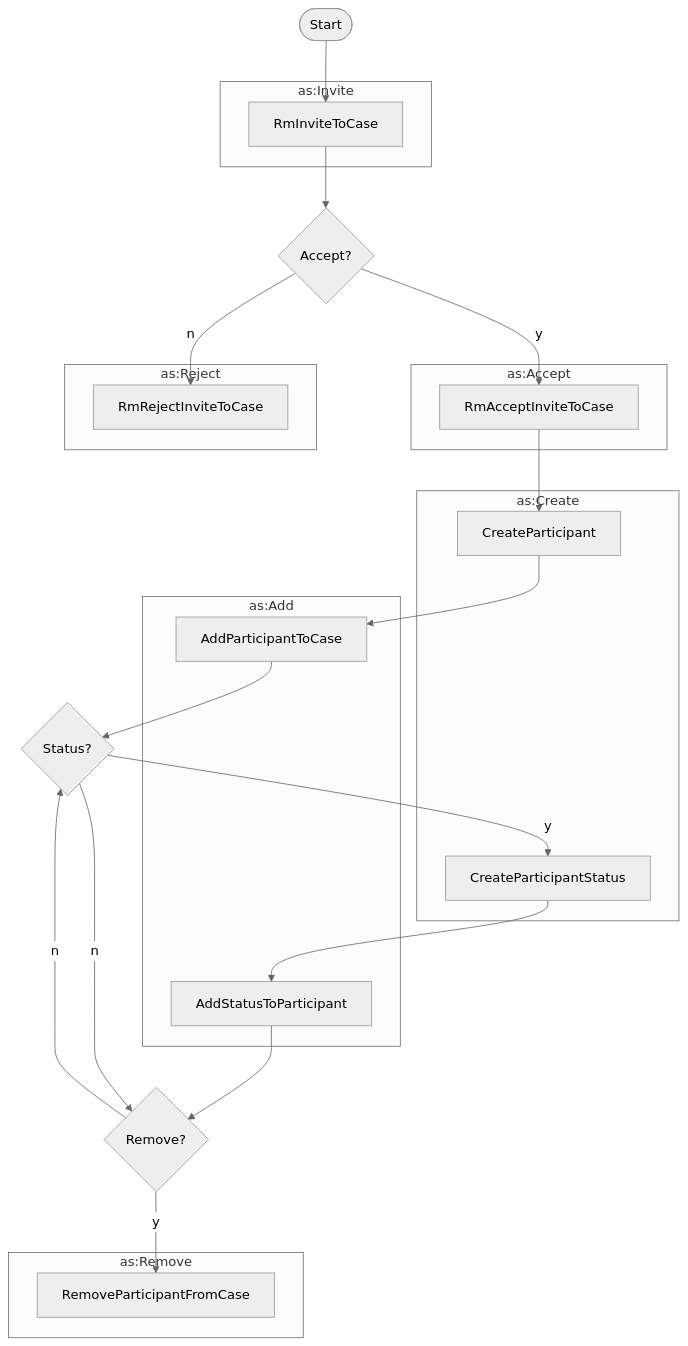
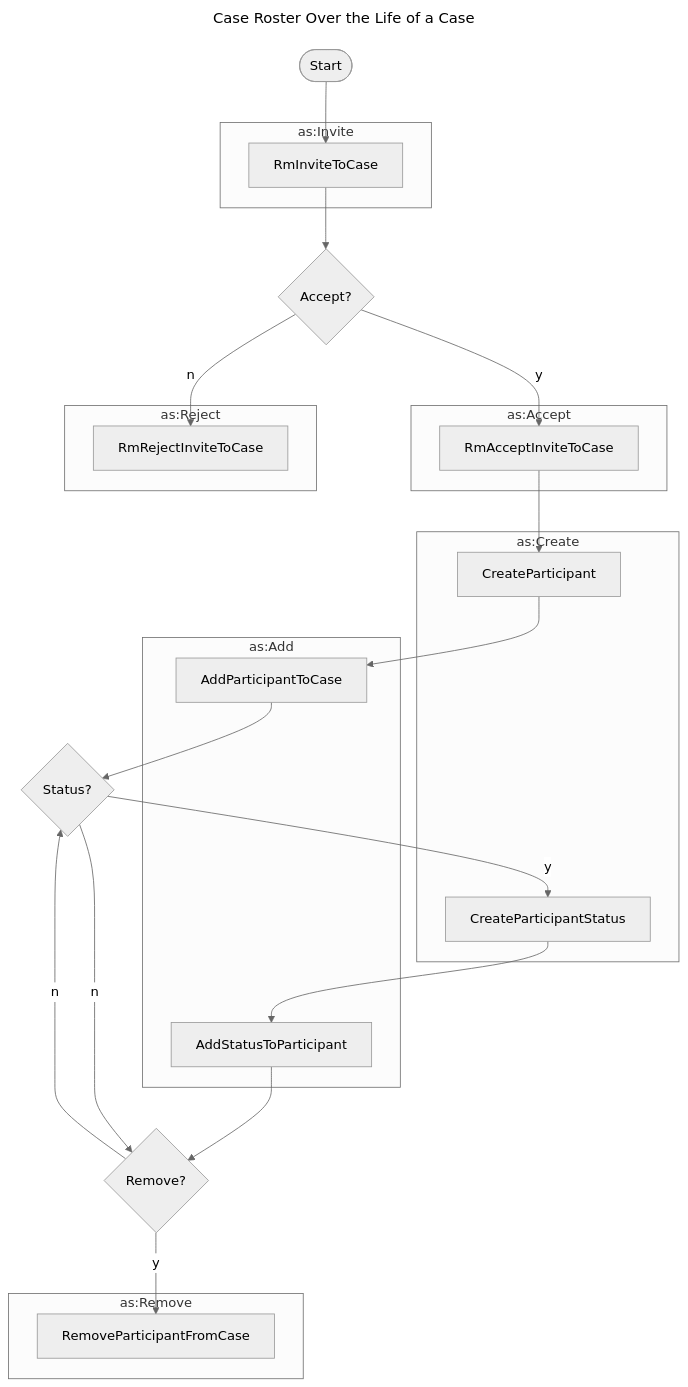
Before and after one commit to CERTCC/Vultron: the diagram in docs/howto/activitypub/activities/manage_participants.md, drawn with Mermaid (neutral theme). The commit also changed other lines of this file and 20 other files, not shown here.

````diff
--- a/docs/howto/activitypub/activities/manage_participants.md
+++ b/docs/howto/activitypub/activities/manage_participants.md
@@ -29,38 +30,41 @@
 ```mermaid
+---
+title: Case Roster Over the Life of a Case
+---
 flowchart TB
-    subgraph as:Invite 
+    subgraph as:Invite
         RmInviteToCase
     end
     subgraph as:Accept
         RmAcceptInviteToCase
     end
     subgraph as:Reject
         RmRejectInviteToCase
     end
     subgraph as:Create
         CreateParticipant
         CreateParticipantStatus
     end
     subgraph as:Add
         AddParticipantToCase
         AddStatusToParticipant
     end
     subgraph as:Remove
         RemoveParticipantFromCase
     end
     start([Start])
     start --> RmInviteToCase
     RmInviteToCase --> a{Accept?}
     a -->|y| RmAcceptInviteToCase
     a -->|n| RmRejectInviteToCase
     RmAcceptInviteToCase --> CreateParticipant
-    
+
     CreateParticipantStatus --> AddStatusToParticipant
     CreateParticipant --> AddParticipantToCase
     AddParticipantToCase --> s{Status?}
     s -->|y| CreateParticipantStatus
     s -->|n| r{Remove?}
     AddStatusToParticipant --> r
     r -->|y| RemoveParticipantFromCase
     r -->|n| s
 ```
````
